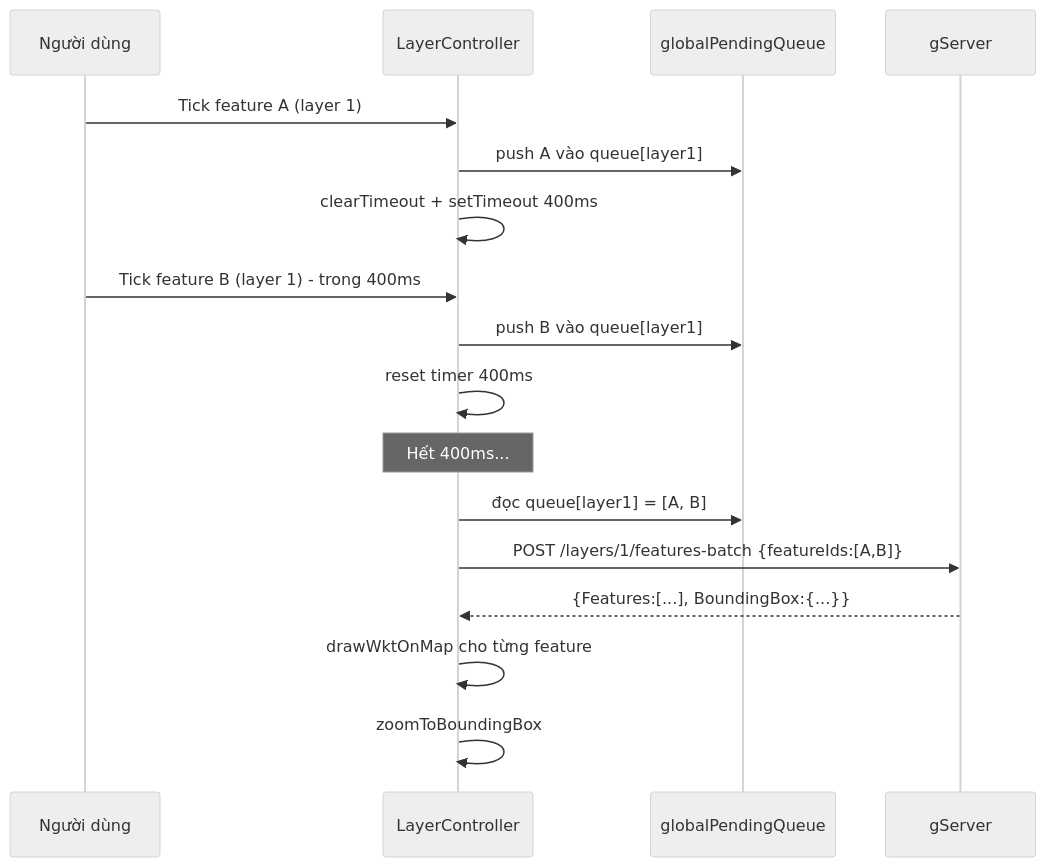
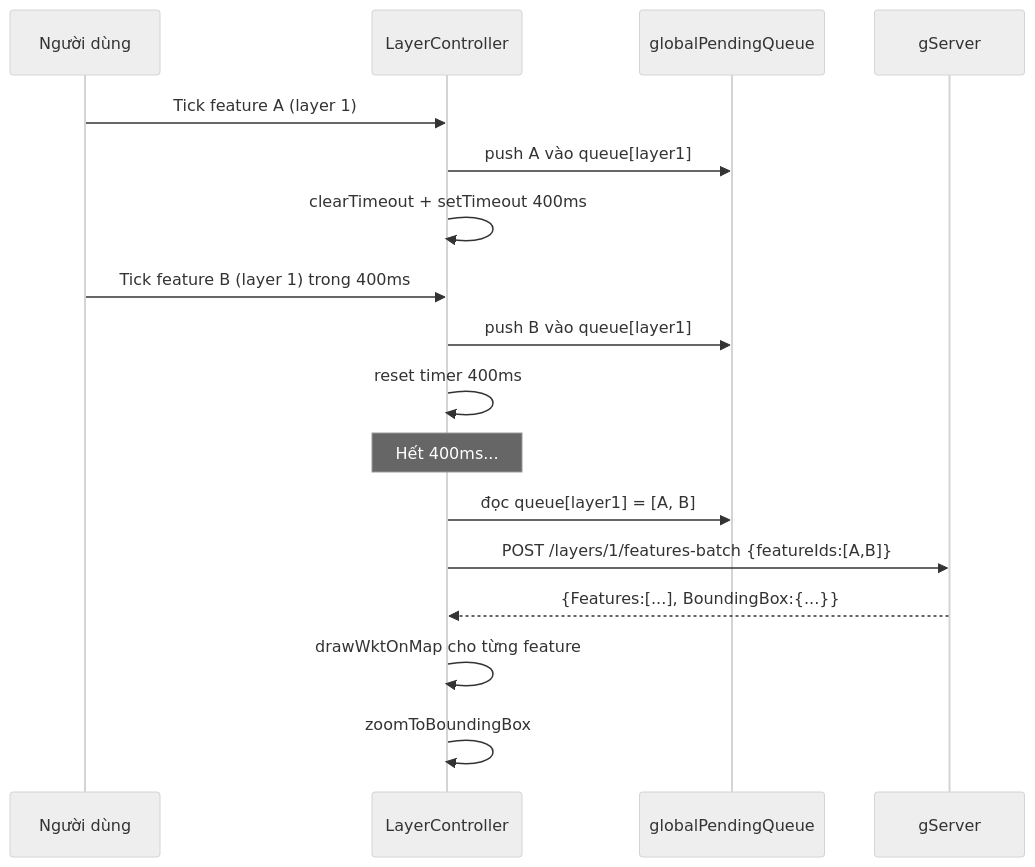
The second of 2 diagrams in gServer_Introduction/docs/frontend.md (giangvanhung/gServer_0.0.1), drawn with Mermaid (neutral theme) before and after one commit. The commit also changed other lines of this file and 91 other files, not shown here.

````diff
--- a/gServer_Introduction/docs/frontend.md
+++ b/gServer_Introduction/docs/frontend.md
@@ -36,23 +35,23 @@
 ```mermaid
 sequenceDiagram
     participant U as Người dùng
     participant C as LayerController
     participant Q as globalPendingQueue
     participant S as gServer
 
     U->>C: Tick feature A (layer 1)
     C->>Q: push A vào queue[layer1]
     C->>C: clearTimeout + setTimeout 400ms
 
-    U->>C: Tick feature B (layer 1) - trong 400ms
+    U->>C: Tick feature B (layer 1) trong 400ms
     C->>Q: push B vào queue[layer1]
     C->>C: reset timer 400ms
 
     Note over C: Hết 400ms...
 
     C->>Q: đọc queue[layer1] = [A, B]
     C->>S: POST /layers/1/features-batch {featureIds:[A,B]}
     S-->>C: {Features:[...], BoundingBox:{...}}
     C->>C: drawWktOnMap cho từng feature
     C->>C: zoomToBoundingBox
 ```
````
